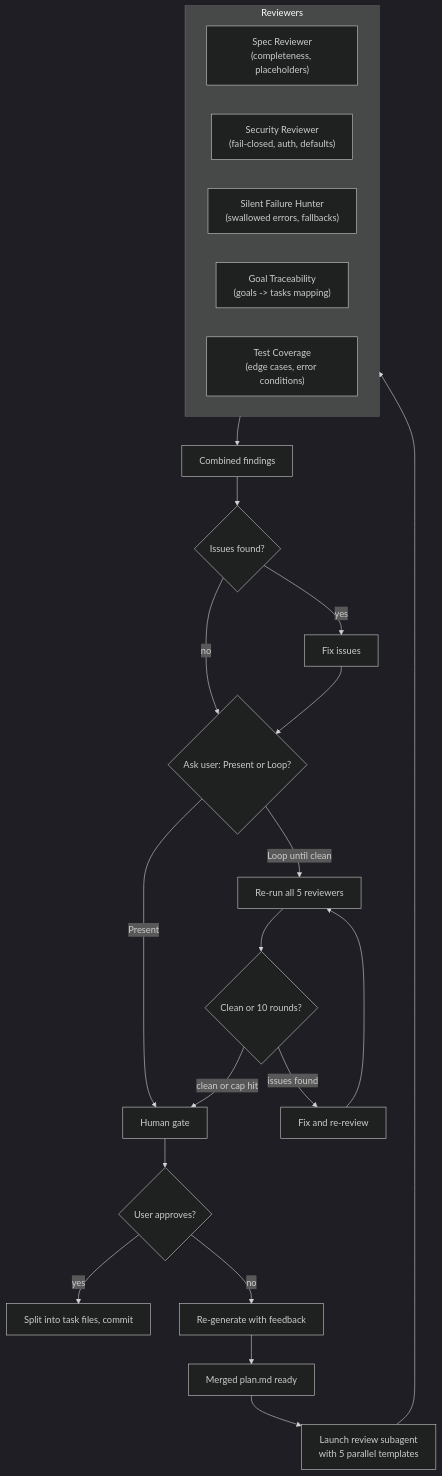
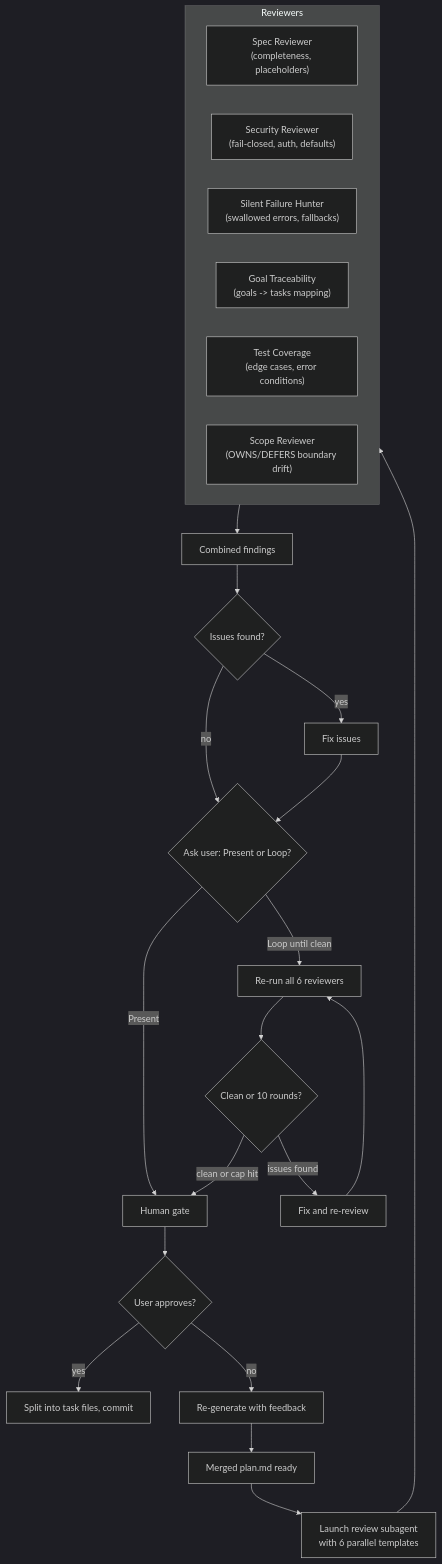
Diagram 20 of 20 in README.md (dfrysinger/qrspi-plus), drawn with Mermaid (dark theme) before and after one commit. The commit also changed other lines of this file and 15 other files, not shown here.

````diff
--- a/README.md
+++ b/README.md
@@ -512,29 +531,30 @@
 ```mermaid
 flowchart TD
-    A["Merged plan.md ready"] --> B["Launch review subagent<br>with 5 parallel templates"]
+    A["Merged plan.md ready"] --> B["Launch review subagent<br>with 6 parallel templates"]
 
     subgraph reviewers["Reviewers"]
         R1["Spec Reviewer<br>(completeness, placeholders)"]
         R2["Security Reviewer<br>(fail-closed, auth, defaults)"]
         R3["Silent Failure Hunter<br>(swallowed errors, fallbacks)"]
         R4["Goal Traceability<br>(goals -> tasks mapping)"]
         R5["Test Coverage<br>(edge cases, error conditions)"]
+        R6["Scope Reviewer<br>(OWNS/DEFERS boundary drift)"]
     end
 
     B --> reviewers
     reviewers --> C[Combined findings]
     C --> D{Issues found?}
     D -->|no| E{Ask user: Present or Loop?}
     D -->|yes| F[Fix issues]
     F --> E
     E -->|Present| G[Human gate]
-    E -->|Loop until clean| H[Re-run all 5 reviewers]
+    E -->|Loop until clean| H[Re-run all 6 reviewers]
     H --> I{Clean or 10 rounds?}
     I -->|clean or cap hit| G
     I -->|issues found| J[Fix and re-review]
     J --> H
     G --> K{User approves?}
     K -->|yes| L[Split into task files, commit]
     K -->|no| M[Re-generate with feedback]
     M --> A
 ```
````
